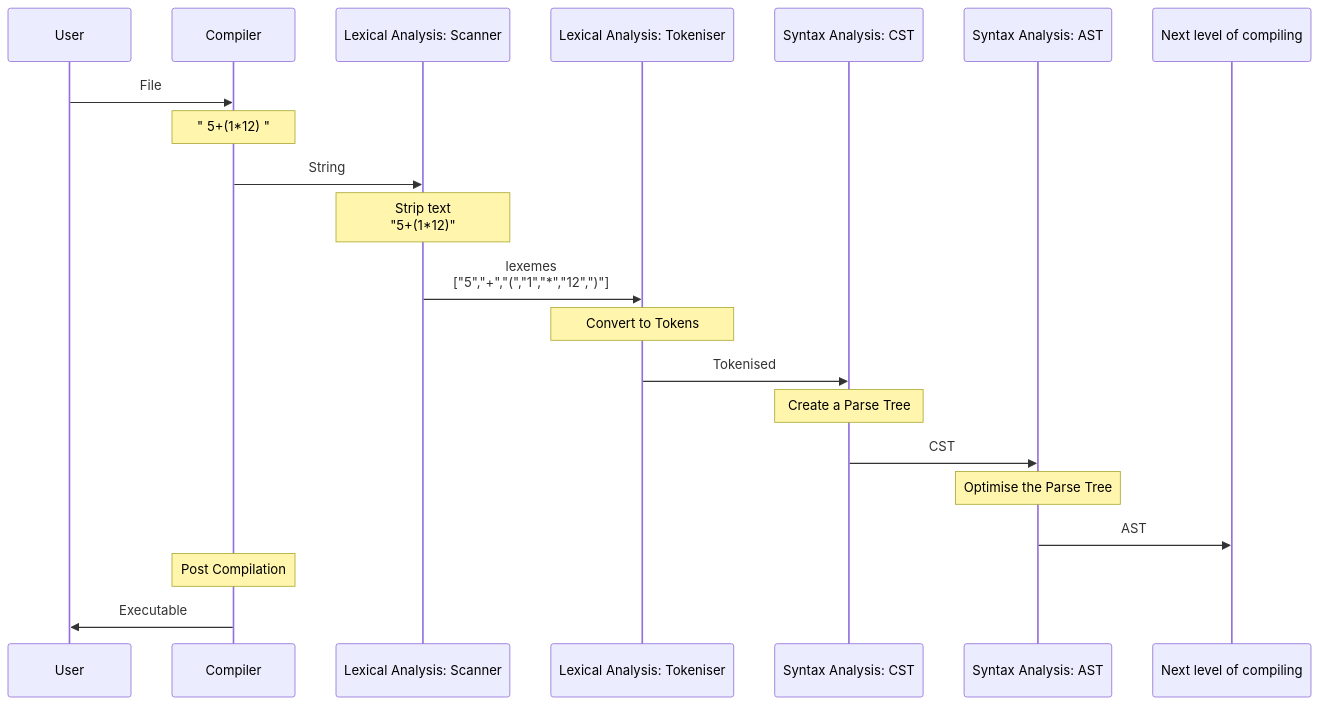
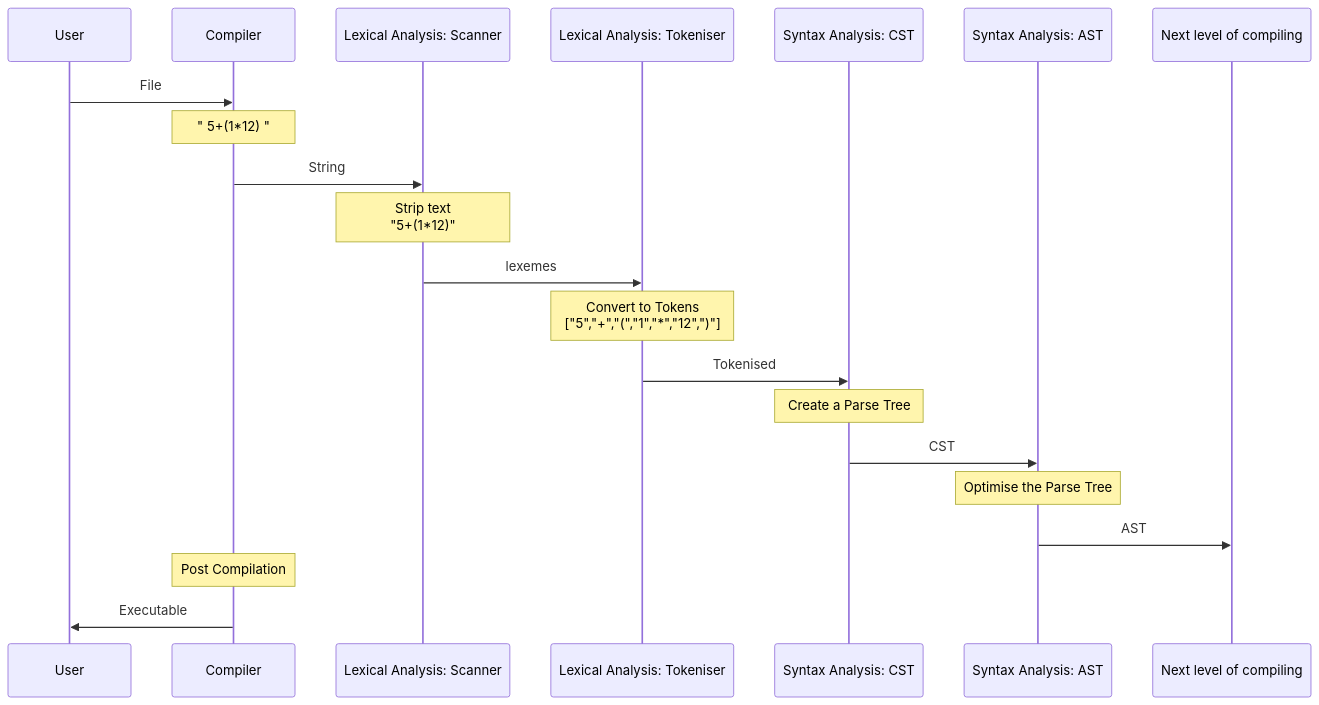
One commit to trshant-sugoi/stackedit changed the diagram in drafts/2019-02-25-Compiler-I-AST.md. Above: the diagram before and after it, drawn with Mermaid. The commit also changed other lines of this file, not shown here.

Commit message:
drafts/2019-02-25-Compiler-I-AST.md updated from https://stackedit.io/

````diff
--- a/drafts/2019-02-25-Compiler-I-AST.md
+++ b/drafts/2019-02-25-Compiler-I-AST.md
@@ -18,23 +18,23 @@
 ```mermaid
 sequenceDiagram
 participant U as User  
 participant C as Compiler   
 participant S as Lexical Analysis: Scanner
 participant T as Lexical Analysis: Tokeniser   
 participant SA1 as Syntax Analysis: CST
 participant SA2 as Syntax Analysis: AST 
 
 U ->> C  : File  
 Note over C: " 5+(1*12) "
 C ->> S  : String
 Note over S: Strip text <br/>"5+(1*12)"
-S ->> T  : lexemes <br/>["5","+","(","1","*","12",")"] 
-Note over T: Convert to Tokens
+S ->> T  : lexemes  
+Note over T: Convert to Tokens<br/>["5","+","(","1","*","12",")"]
 T ->> SA1 : Tokenised   
 Note over SA1: Create a Parse Tree
 SA1  ->> SA2 : CST
 Note over SA2: Optimise the Parse Tree
 SA2  ->> Next level of compiling: AST 
 Note over C: Post Compilation
 C ->> U: Executable  
 ```  
````
